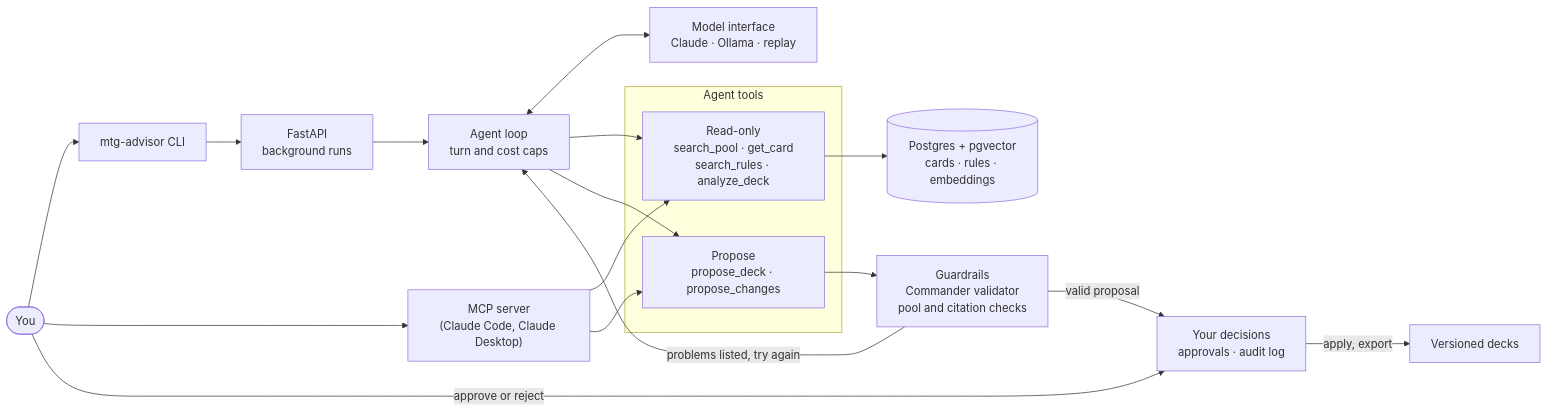
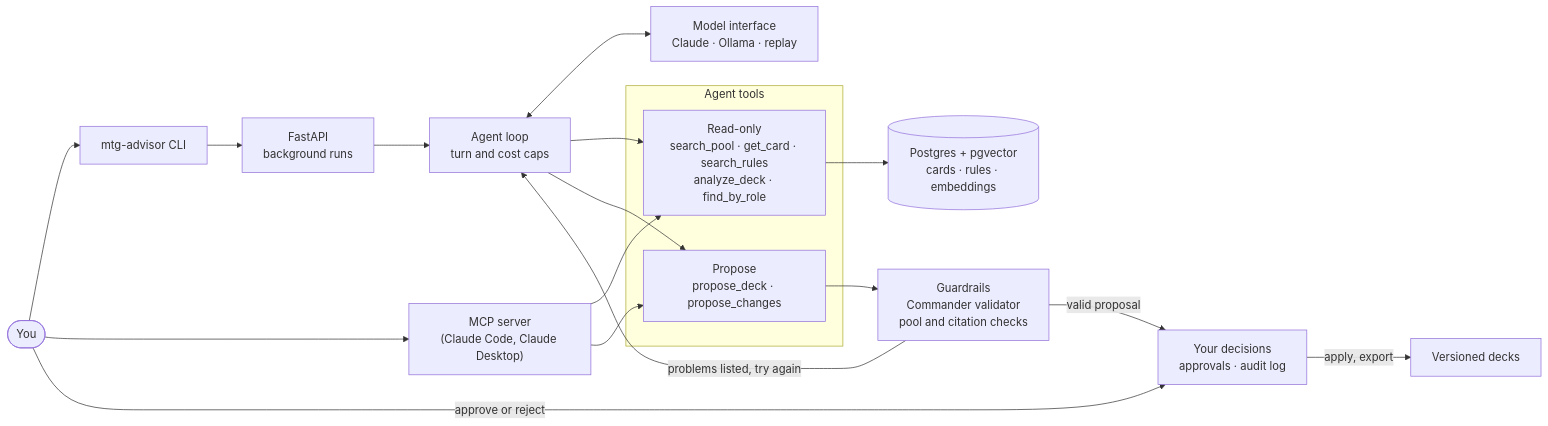
The diagram in README.md (Bacchetto/mtg-deck-advisor), drawn with Mermaid before and after one commit. The commit also changed other lines of this file and 7 other files, not shown here.

First line of the commit message:
feat: refines find cards by role, state goals and see the pool

````diff
--- a/README.md
+++ b/README.md
@@ -74,29 +74,29 @@
 ```mermaid
 flowchart LR
     you(["You"])
     cli["mtg-advisor CLI"]
     mcp["MCP server<br/>(Claude Code, Claude Desktop)"]
     api["FastAPI<br/>background runs"]
     loop["Agent loop<br/>turn and cost caps"]
     models["Model interface<br/>Claude · Ollama · replay"]
     subgraph tools ["Agent tools"]
-        read["Read-only<br/>search_pool · get_card<br/>search_rules · analyze_deck"]
+        read["Read-only<br/>search_pool · get_card · search_rules<br/>analyze_deck · find_by_role"]
         propose["Propose<br/>propose_deck · propose_changes"]
     end
     guard["Guardrails<br/>Commander validator<br/>pool and citation checks"]
     decide["Your decisions<br/>approvals · audit log"]
     deck["Versioned decks"]
     db[("Postgres + pgvector<br/>cards · rules · embeddings")]
 
     you --> cli --> api --> loop
     you --> mcp
     loop <--> models
     loop --> read & propose
     mcp --> read & propose
     read --> db
     propose --> guard
     guard -- "problems listed, try again" --> loop
     guard -- "valid proposal" --> decide
     you -- "approve or reject" --> decide
     decide -- "apply, export" --> deck
 ```
````
